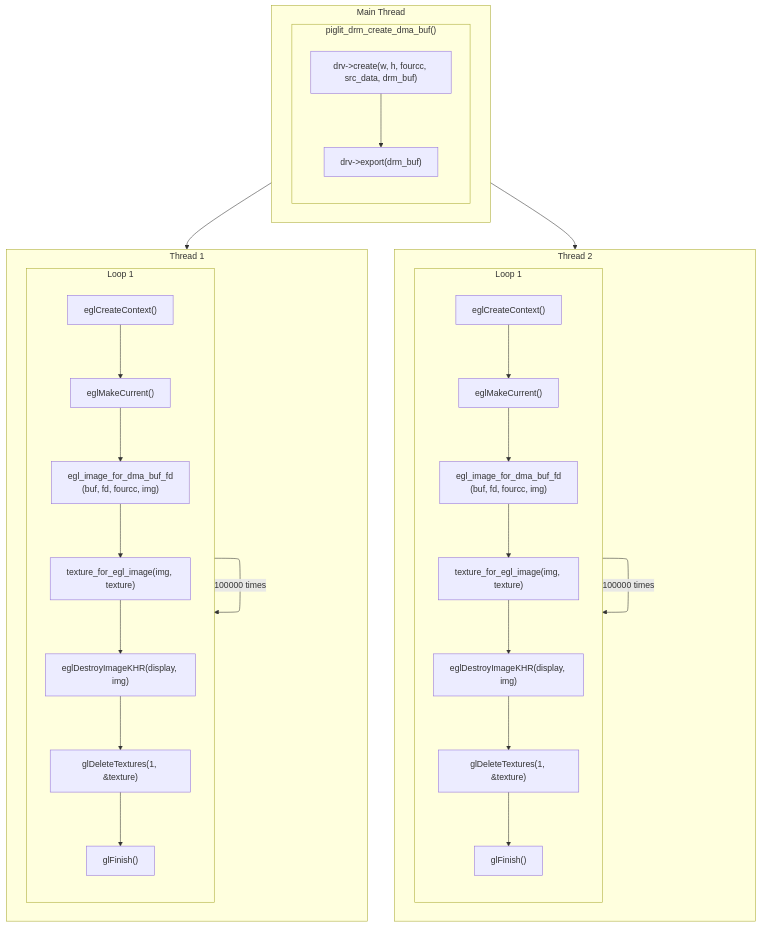
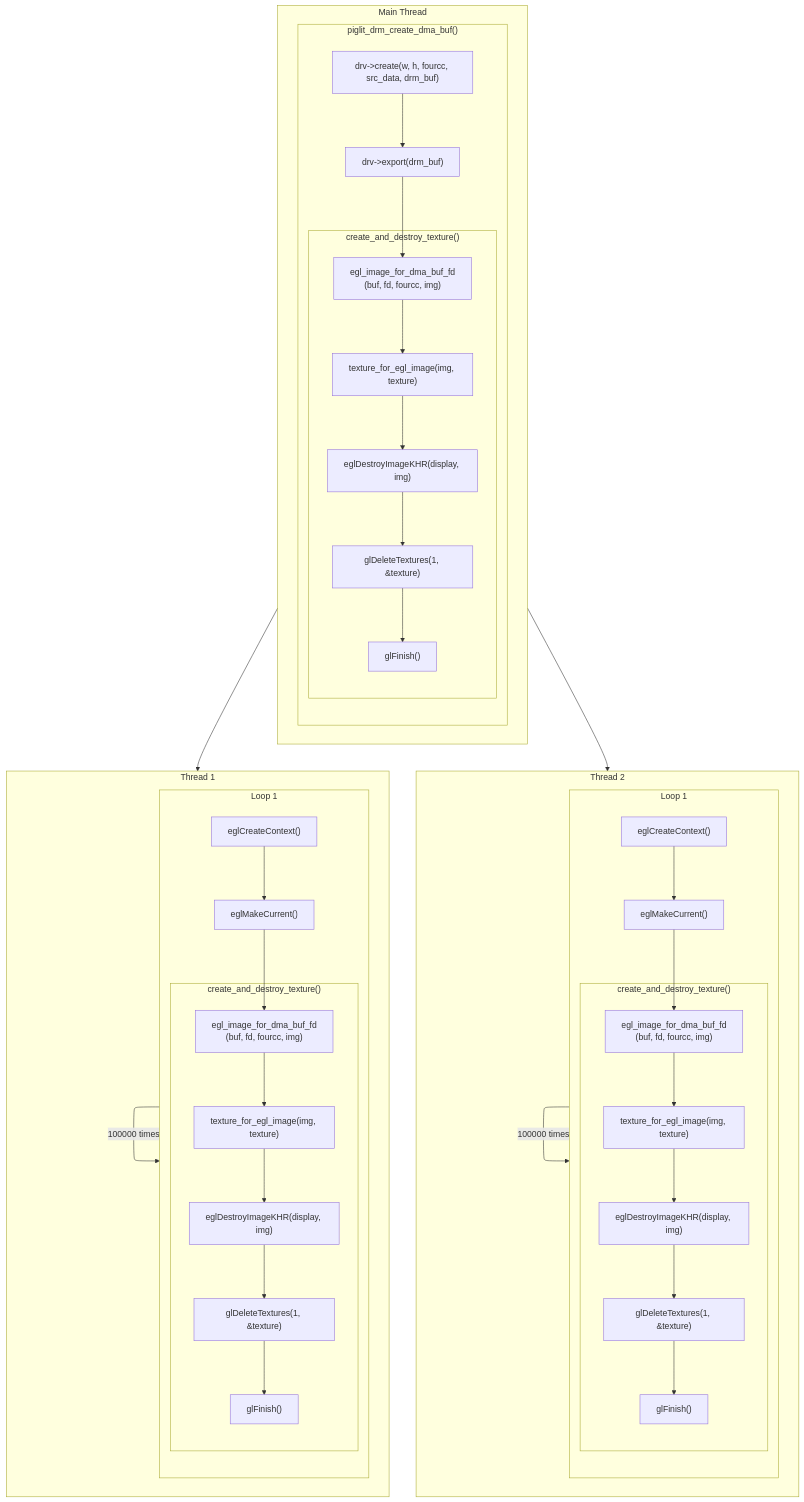
One commit to lucmann/lucmann.github.io changed the diagram in source/_posts/gfx/piglit.md. Above: the diagram before and after it, drawn with Mermaid. The commit also changed other lines of this file, not shown here.

Commit message:
gfx: same dma-buf, same handle

````diff
--- a/source/_posts/gfx/piglit.md
+++ b/source/_posts/gfx/piglit.md
@@ -9,46 +9,57 @@
 ```mermaid
 flowchart TB
   subgraph p [Main Thread]
     subgraph p0 ["piglit_drm_create_dma_buf()"]
       p.a["drv->create(w, h, fourcc, src_data, drm_buf)"]
       p.b["drv->export(drm_buf)"]
+      subgraph p1 ["create_and_destroy_texture()"]
+        p.c["egl_image_for_dma_buf_fd<br>(buf, fd, fourcc, img)"]
+        p.d["texture_for_egl_image(img, texture)"]
+        p.e["eglDestroyImageKHR(display, img)"]
+        p.f["glDeleteTextures(1, &texture)"]
+        p.g["glFinish()"]
+      end
     end
   end
   subgraph t1 [Thread 1]
     subgraph lo11 [Loop 1]
       t1.a["eglCreateContext()"]
       t1.b["eglMakeCurrent()"]
-      t1.c["egl_image_for_dma_buf_fd<br>(buf, fd, fourcc, img)"]
-      t1.d["texture_for_egl_image(img, texture)"]
-      t1.e["eglDestroyImageKHR(display, img)"]
-      t1.f["glDeleteTextures(1, &texture)"]
-      t1.g["glFinish()"]
+      subgraph lo111 ["create_and_destroy_texture()"]
+        t1.c["egl_image_for_dma_buf_fd<br>(buf, fd, fourcc, img)"]
+        t1.d["texture_for_egl_image(img, texture)"]
+        t1.e["eglDestroyImageKHR(display, img)"]
+        t1.f["glDeleteTextures(1, &texture)"]
+        t1.g["glFinish()"]
+      end
     end
   end
 
   subgraph t2 [Thread 2]
     subgraph lo21 [Loop 1]
       t2.a["eglCreateContext()"]
       t2.b["eglMakeCurrent()"]
-      t2.c["egl_image_for_dma_buf_fd<br>(buf, fd, fourcc, img)"]
-      t2.d["texture_for_egl_image(img, texture)"]
-      t2.e["eglDestroyImageKHR(display, img)"]
-      t2.f["glDeleteTextures(1, &texture)"]
-      t2.g["glFinish()"]
+      subgraph lo211 ["create_and_destroy_texture()"]
+        t2.c["egl_image_for_dma_buf_fd<br>(buf, fd, fourcc, img)"]
+        t2.d["texture_for_egl_image(img, texture)"]
+        t2.e["eglDestroyImageKHR(display, img)"]
+        t2.f["glDeleteTextures(1, &texture)"]
+        t2.g["glFinish()"]
+      end
     end
   end
 
-  p.a --> p.b
+  p.a --> p.b --> p.c --> p.d --> p.e --> p.f --> p.g
 
   t1.a --> t1.b --> t1.c --> t1.d --> t1.e --> t1.f --> t1.g
   t2.a --> t2.b --> t2.c --> t2.d --> t2.e --> t2.f --> t2.g
 
   p --> t1
   p --> t2
 
   lo11 -- 100000 times --> lo11
   lo21 -- 100000 times --> lo21
 
   click p.a https://gitlab.freedesktop.org/mesa/piglit/-/blob/main/tests/util/piglit-framework-gl/piglit_drm_dma_buf.c#L519"
   click p.b https://gitlab.freedesktop.org/mesa/piglit/-/blob/main/tests/util/piglit-framework-gl/piglit_drm_dma_buf.c#L519"
 ```
````
